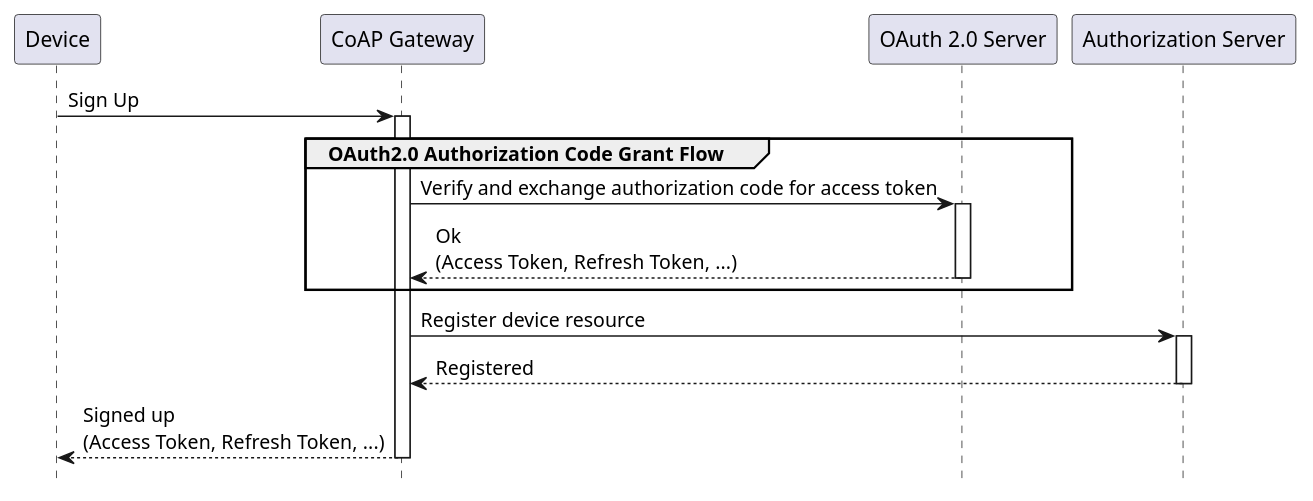
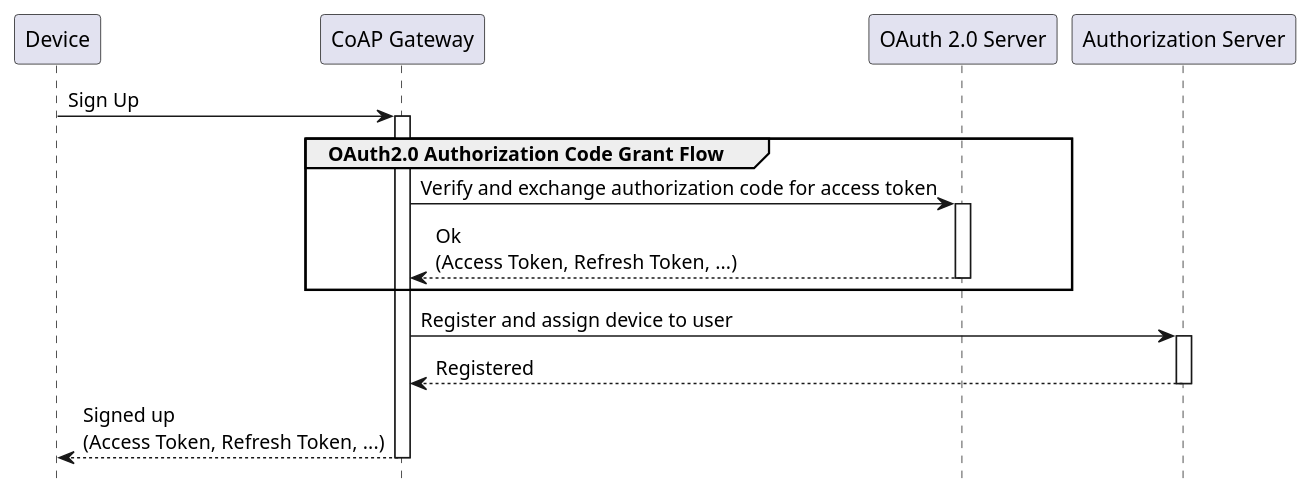
The second of 6 diagrams in content/en/architecture/component-overview.md (plgd-dev/doc), drawn with PlantUML before and after one commit.

```diff
--- a/content/en/architecture/component-overview.md
+++ b/content/en/architecture/component-overview.md
@@ -66,20 +66,20 @@
 {{< plantuml id="cloud-registration" >}}
 @startuml Sequence
 skinparam backgroundColor transparent
 hide footbox
 
 participant D as "Device"
 participant CGW as "CoAP Gateway"
 participant O as "OAuth 2.0 Server"
 participant AS as "Authorization Server"
 
 D -> CGW ++: Sign Up
 group OAuth2.0 Authorization Code Grant Flow
     CGW -> O ++: Verify and exchange authorization code for access token
     return Ok\n(Access Token, Refresh Token, ...)
 end
-CGW -> AS ++: Register device resource
+CGW -> AS ++: Register and assign device to user
 return Registered
 return Signed up\n(Access Token, Refresh Token, ...)
 @enduml
 {{< /plantuml >}}
```
